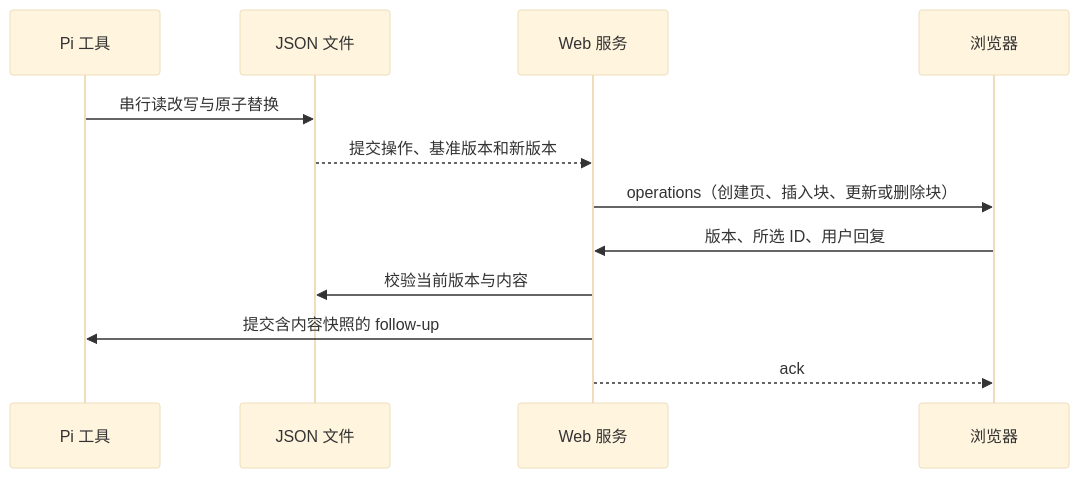
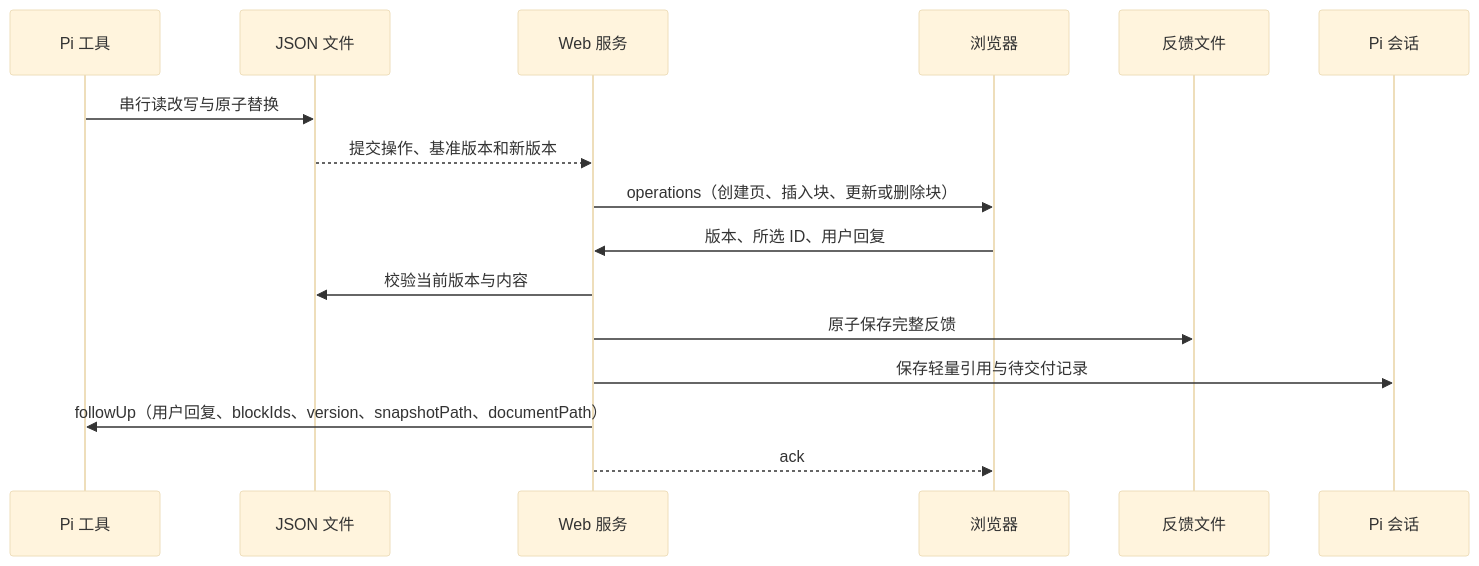
The second of 2 diagrams in extensions/canvas-note/docs/architecture.md (aqua2k1/pi-kits), drawn with Mermaid (base theme) before and after one commit. The commit also changed other lines of this file and 6 other files, not shown here.

````diff
--- a/extensions/canvas-note/docs/architecture.md
+++ b/extensions/canvas-note/docs/architecture.md
@@ -39,14 +41,18 @@
 ```mermaid
 sequenceDiagram
   participant Pi as Pi 工具
   participant JSON as JSON 文件
   participant Server as Web 服务
   participant Browser as 浏览器
+  participant Feedback as 反馈文件
+  participant Session as Pi 会话
   Pi->>JSON: 串行读改写与原子替换
   JSON-->>Server: 提交操作、基准版本和新版本
   Server->>Browser: operations（创建页、插入块、更新或删除块）
   Browser->>Server: 版本、所选 ID、用户回复
   Server->>JSON: 校验当前版本与内容
-  Server->>Pi: 提交含内容快照的 follow-up
+  Server->>Feedback: 原子保存完整反馈
+  Server->>Session: 保存轻量引用与待交付记录
+  Server->>Pi: followUp（用户回复、blockIds、version、snapshotPath、documentPath）
   Server-->>Browser: ack
 ```
````
